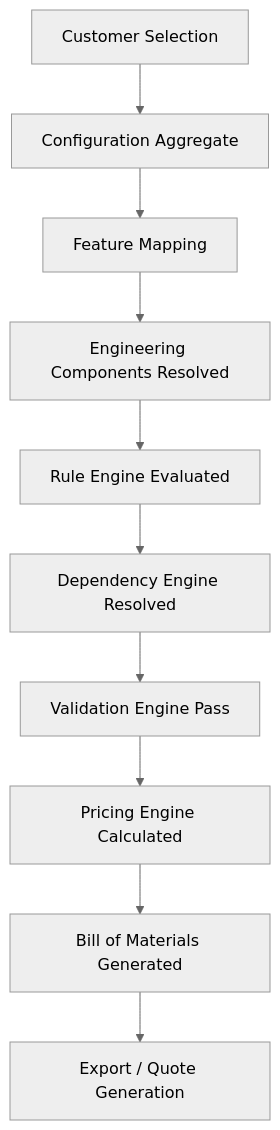
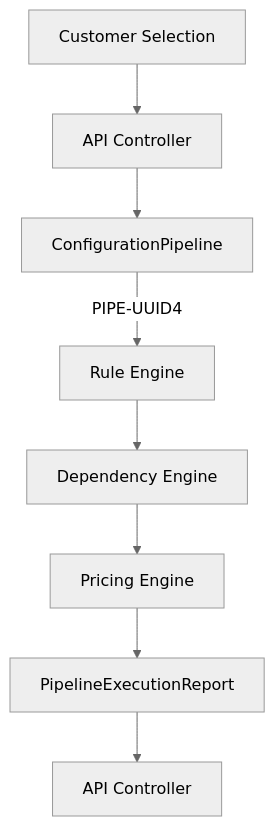
Before and after one commit to Sri-Balagi/Ele-pricing: the diagram in docs/architecture.md, drawn with Mermaid (neutral theme). The commit also changed other lines of this file and 26 other files, not shown here.

Commit message:
Milestone:4: Pricing Engine & Pipeline Layer

````diff
--- a/docs/architecture.md
+++ b/docs/architecture.md
@@ -116,12 +116,10 @@
 ```mermaid
 graph TD
-    A[Customer Selection] --> B[Configuration Aggregate]
-    B --> C[Feature Mapping]
-    C --> D[Engineering Components Resolved]
-    D --> E[Rule Engine Evaluated]
-    E --> F[Dependency Engine Resolved]
-    F --> G[Validation Engine Pass]
-    G --> H[Pricing Engine Calculated]
-    H --> I[Bill of Materials Generated]
-    I --> J[Export / Quote Generation]
+    A[Customer Selection] --> B[API Controller]
+    B --> C[ConfigurationPipeline]
+    C -->|PIPE-UUID4| D[Rule Engine]
+    D --> E[Dependency Engine]
+    E --> F[Pricing Engine]
+    F --> G[PipelineExecutionReport]
+    G --> H[API Controller]
 ```
````
